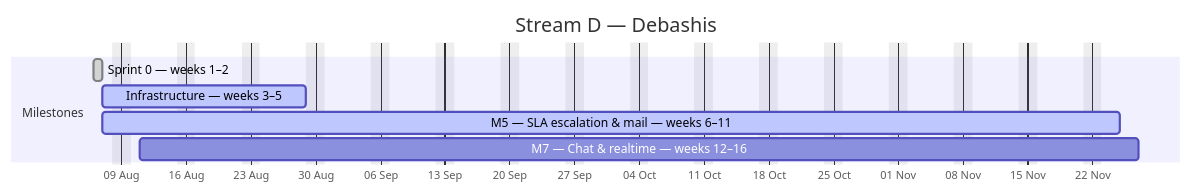
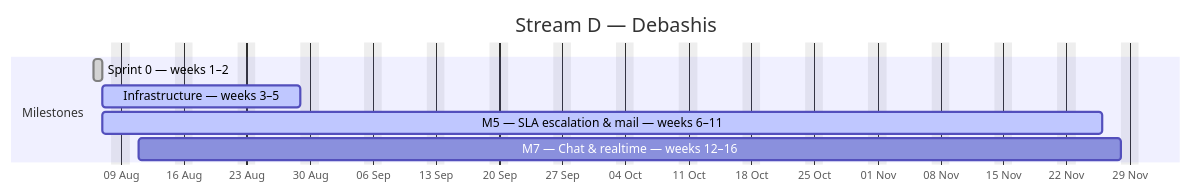
One commit to debashisedunext/EduTrack changed the fourth of 4 diagrams in docs/plan/GANTT.md. Above: the diagram before and after it, drawn with Mermaid. The commit also changed other lines of this file and 3 other files, not shown here.

````diff
--- a/docs/plan/GANTT.md
+++ b/docs/plan/GANTT.md
@@ -167,12 +170,12 @@
 ```mermaid
 gantt
     dateFormat YYYY-MM-DD
     axisFormat %d %b
     title Stream D — Debashis
     excludes weekends
     section Milestones
     Sprint 0 — weeks 1–2 :done, d0, 2026-08-06, 1d
     Infrastructure — weeks 3–5 :active, d1, 2026-08-07, 16d
-    M5 — SLA  escalation & mail — weeks 6–11 :active, d2, 2026-08-07, 78d
-    M7 — Chat & realtime — weeks 12–16 :d3, 2026-08-11, 78d
+    M5 — SLA  escalation & mail — weeks 6–11 :active, d2, 2026-08-07, 79d
+    M7 — Chat & realtime — weeks 12–16 :d3, 2026-08-11, 79d
 ```
````
